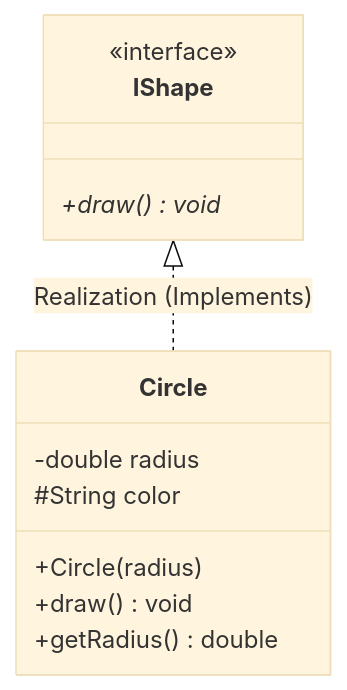
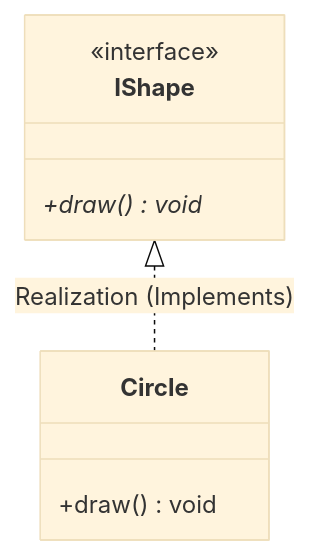
The fifth of 12 diagrams in 03-UML-AND-MODELING/README.md (Sujalkathait/low-level-design-), drawn with Mermaid (base theme) before and after one commit. The commit also changed other lines of this file and 1 other file, not shown here.

Commit message:
Rewrite Folders 2 and 3 to separate every topic with distinct code and diagrams

````diff
--- a/03-UML-AND-MODELING/README.md
+++ b/03-UML-AND-MODELING/README.md
@@ -35,17 +92,11 @@
 ```mermaid
 classDiagram
     class IShape {
         <<interface>>
         +draw()* void
     }
-    
     class Circle {
-        -double radius
-        #String color
-        +Circle(radius)
         +draw() void
-        +getRadius() double
     }
-    
     IShape <|.. Circle : Realization (Implements)
 ```
````
